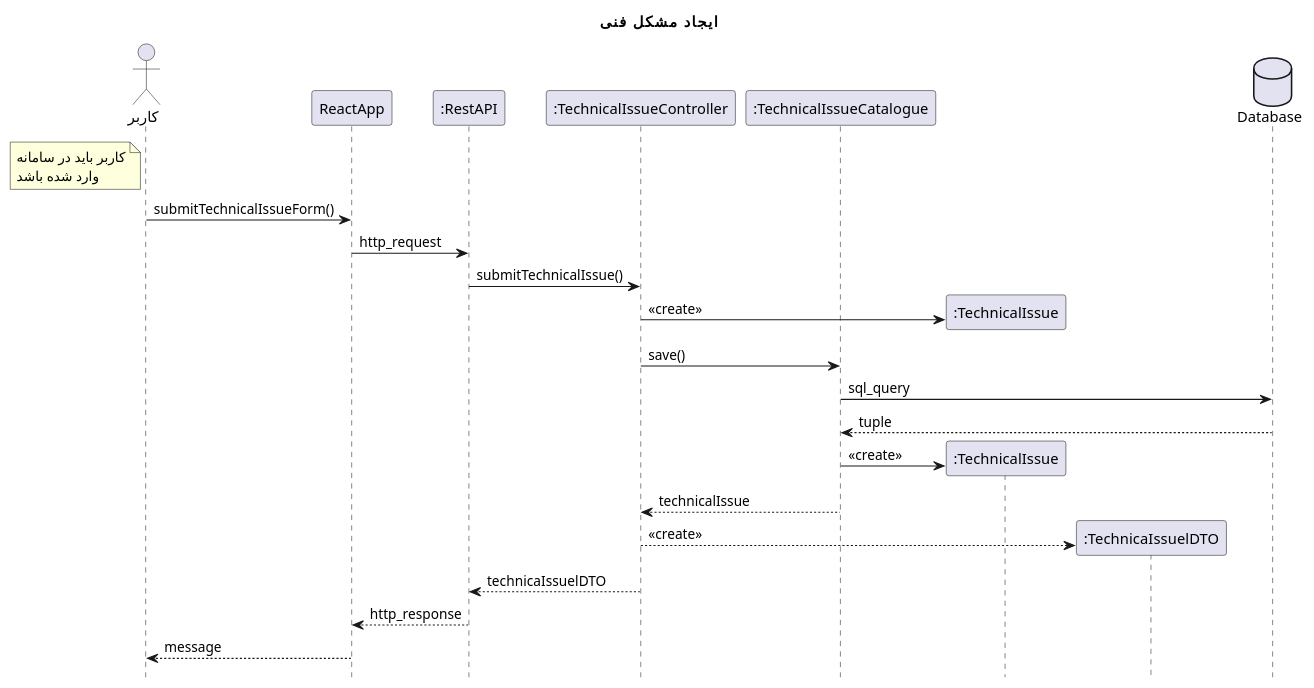
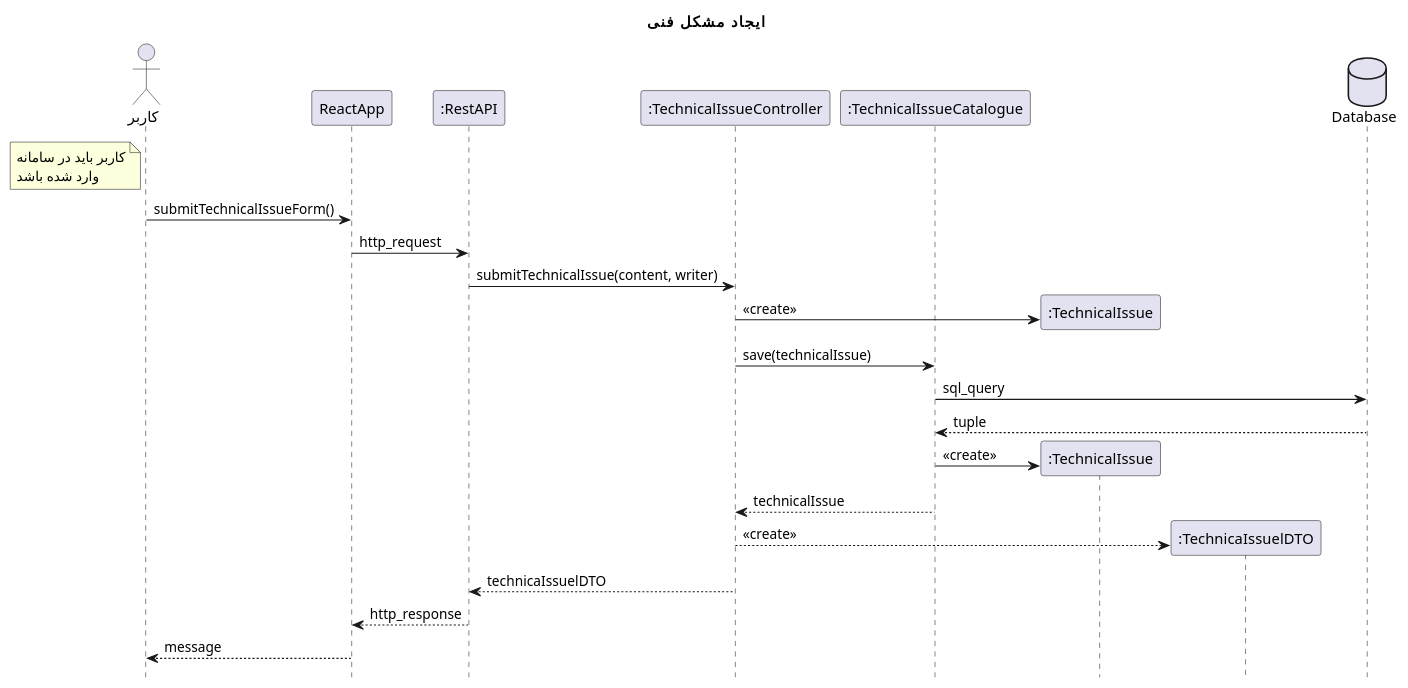
Before and after one commit to Khedmatkar-OOD-spring-2022/Model-and-Documents: the diagram in design sequence diagams/submitTechnicalIssue.plantuml, drawn with PlantUML. The commit also changed 26 other files, not shown here.

```diff
--- a/design sequence diagams/submitTechnicalIssue.plantuml
+++ b/design sequence diagams/submitTechnicalIssue.plantuml
@@ -1,33 +1,33 @@
 @startuml logout
 ' TODO: check speciality does exist
 hide footbox
 title "ایجاد مشکل فنی"
 actor "کاربر" as user
 participant ReactApp
 participant ":RestAPI" as RestAPI
 participant ":TechnicalIssueController" as TechnicalIssueController
 participant ":TechnicalIssueCatalogue" as TechnicalIssueCatalogue
 participant ":TechnicalIssue" as TechnicalIssue
 participant ":TechnicaIssuelDTO" as TechnicaIssuelDTO
 database Database
 
 note left of user
     کاربر باید در سامانه
     وارد شده باشد
 end note
 
 user -> ReactApp: submitTechnicalIssueForm()
 ReactApp -> RestAPI : http_request
-RestAPI -> TechnicalIssueController: submitTechnicalIssue()
+RestAPI -> TechnicalIssueController: submitTechnicalIssue(content, writer)
 TechnicalIssueController -> TechnicalIssue ** :<<create>>
-TechnicalIssueController -> TechnicalIssueCatalogue : save()
+TechnicalIssueController -> TechnicalIssueCatalogue : save(technicalIssue)
 TechnicalIssueCatalogue -> Database : sql_query
 return tuple
 TechnicalIssueCatalogue -> TechnicalIssue **: <<create>>
 TechnicalIssueCatalogue --> TechnicalIssueController: technicalIssue
 TechnicalIssueController --> TechnicaIssuelDTO **: <<create>>
 TechnicalIssueController --> RestAPI: technicaIssuelDTO
 RestAPI --> ReactApp : http_response
 ReactApp --> user: message
 
 @enduml
```
